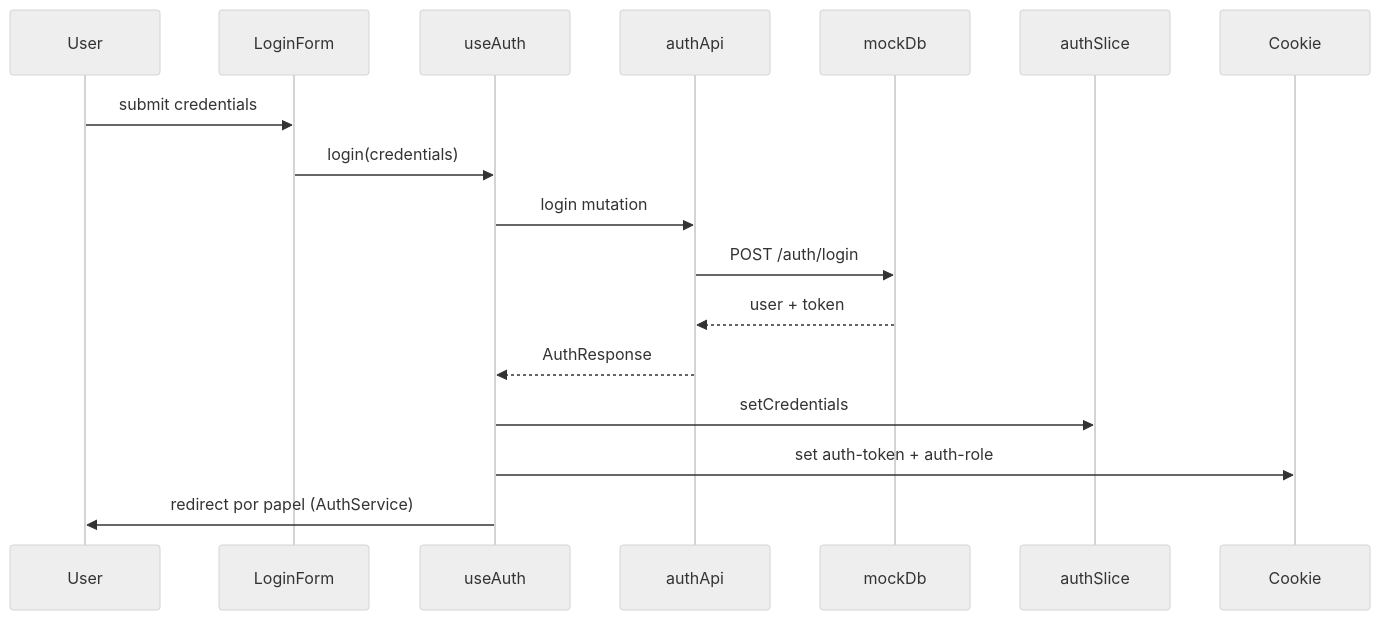
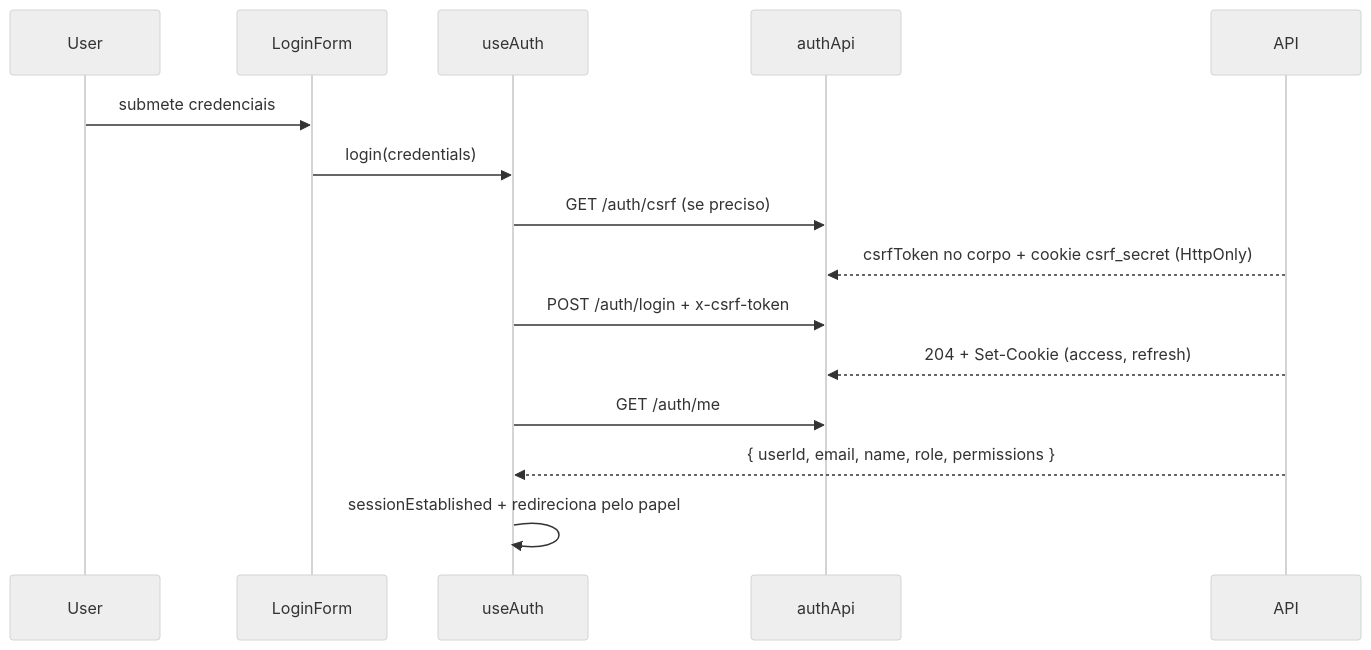
One commit to matheusfer0902/batente-frontend changed the diagram in docs/auth.md. Above: the diagram before and after it, drawn with Mermaid (neutral theme). The commit also changed other lines of this file and 46 other files, not shown here.

First line of the commit message:
fix(auth): conclui o fluxo pós-login e cobre a regressão com testes

````diff
--- a/docs/auth.md
+++ b/docs/auth.md
@@ -5,20 +16,17 @@
 ```mermaid
 sequenceDiagram
     participant User
     participant LoginForm
     participant useAuth
     participant authApi
-    participant mockDb
-    participant authSlice
-    participant Cookie
-
-    User->>LoginForm: submit credentials
+    participant API
+    User->>LoginForm: submete credenciais
     LoginForm->>useAuth: login(credentials)
-    useAuth->>authApi: login mutation
-    authApi->>mockDb: POST /auth/login
-    mockDb-->>authApi: user + token
-    authApi-->>useAuth: AuthResponse
-    useAuth->>authSlice: setCredentials
-    useAuth->>Cookie: set auth-token + auth-role
-    useAuth->>User: redirect por papel (AuthService)
+    useAuth->>authApi: GET /auth/csrf (se preciso)
+    API-->>authApi: csrfToken no corpo + cookie csrf_secret (HttpOnly)
+    useAuth->>authApi: POST /auth/login + x-csrf-token
+    API-->>authApi: 204 + Set-Cookie (access, refresh)
+    useAuth->>authApi: GET /auth/me
+    API-->>useAuth: { userId, email, name, role, permissions }
+    useAuth->>useAuth: sessionEstablished + redireciona pelo papel
 ```
````
